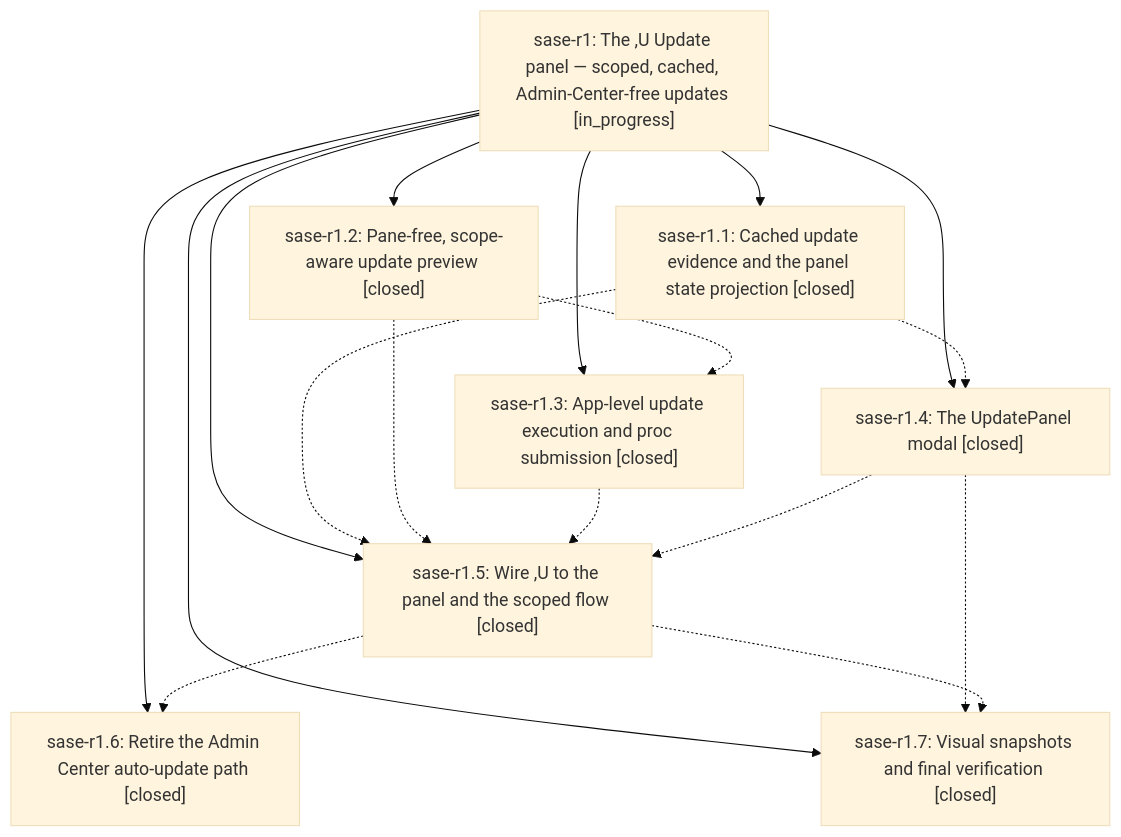
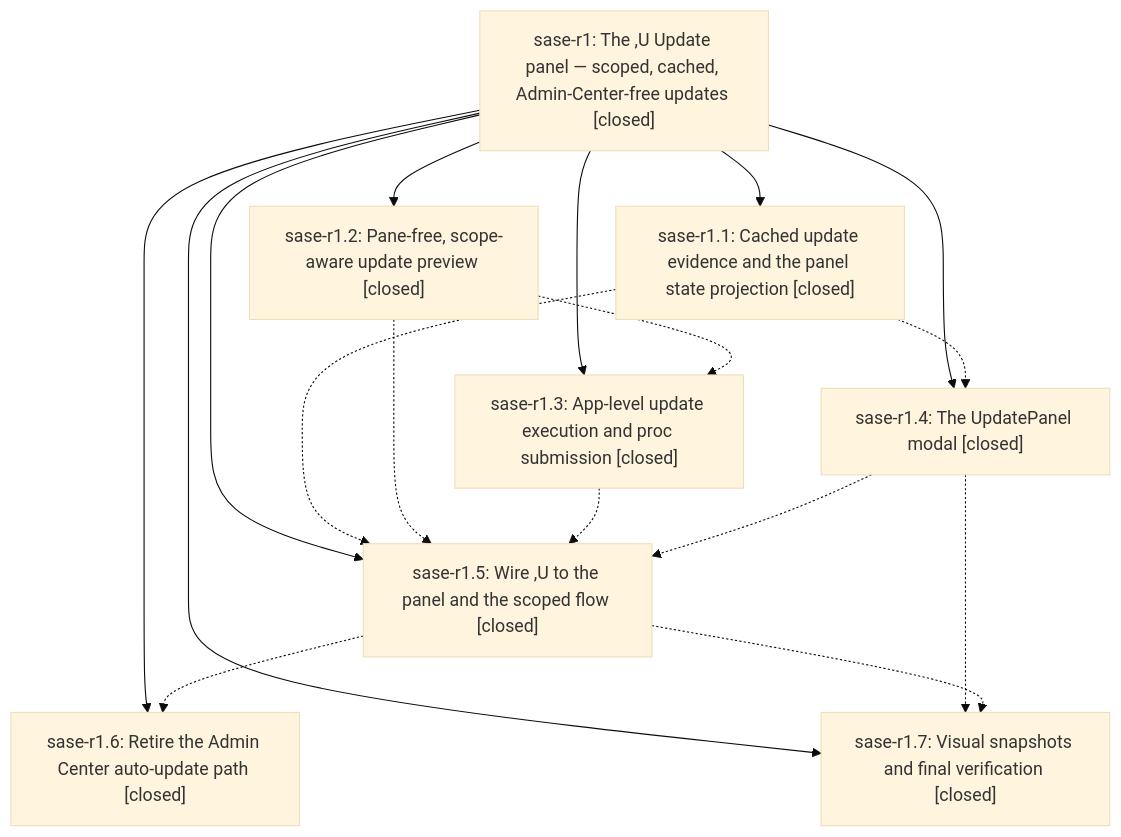
The diagram in pages/sase-r1/README.md (sase-org/sase--beads), drawn with Mermaid (base theme) before and after one commit. The commit also changed other lines of this file, not shown here.

First line of the commit message:
chore(beads): sync bead state and pages for sase-r1

````diff
--- a/pages/sase-r1/README.md
+++ b/pages/sase-r1/README.md
@@ -36,27 +42,27 @@
 ```mermaid
 flowchart TD
-    n0["sase-r1: The ,U Update panel — scoped, cached, Admin-Center-free updates [in_progress]"]
+    n0["sase-r1: The ,U Update panel — scoped, cached, Admin-Center-free updates [closed]"]
     n1["sase-r1.1: Cached update evidence and the panel state projection [closed]"]
     n2["sase-r1.2: Pane-free, scope-aware update preview [closed]"]
     n3["sase-r1.3: App-level update execution and proc submission [closed]"]
     n4["sase-r1.4: The UpdatePanel modal [closed]"]
     n5["sase-r1.5: Wire ,U to the panel and the scoped flow [closed]"]
     n6["sase-r1.6: Retire the Admin Center auto-update path [closed]"]
     n7["sase-r1.7: Visual snapshots and final verification [closed]"]
     n0 --> n1
     n0 --> n2
     n0 --> n3
     n0 --> n4
     n0 --> n5
     n0 --> n6
     n0 --> n7
     n1 -.-> n4
     n1 -.-> n5
     n2 -.-> n3
     n2 -.-> n5
     n3 -.-> n5
     n4 -.-> n5
     n4 -.-> n7
     n5 -.-> n6
     n5 -.-> n7
 ```
````
